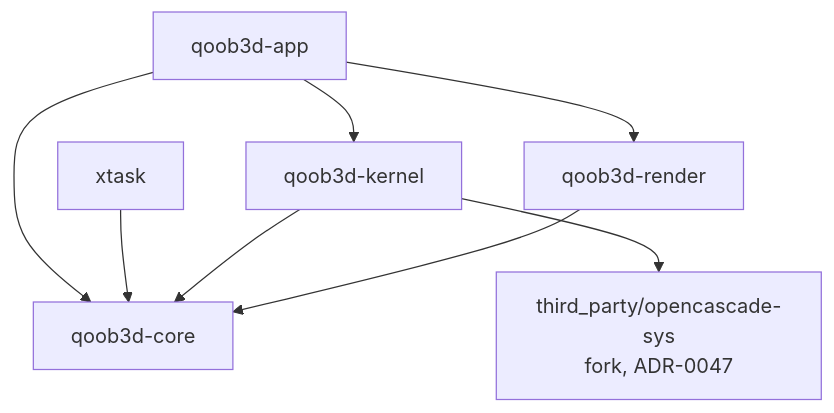
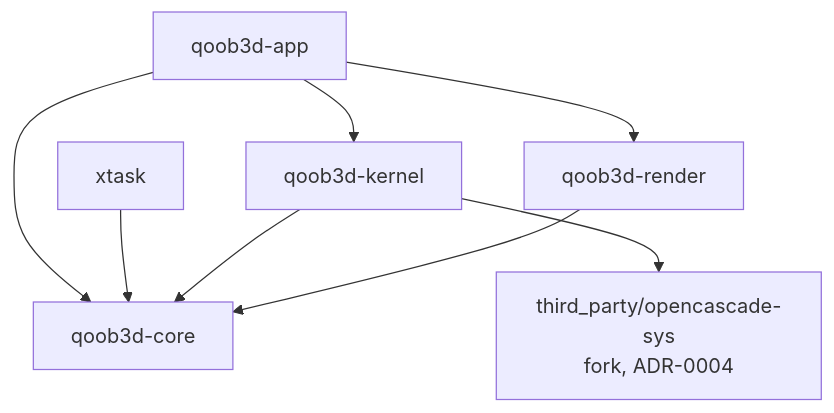
Before and after one commit to COQOON-labs/qoob3d: the second of 2 diagrams in docs/architecture.md, drawn with Mermaid. The commit also changed other lines of this file and 185 other files, not shown here.

````diff
--- a/docs/architecture.md
+++ b/docs/architecture.md
@@ -100,10 +100,10 @@
 ```mermaid
 flowchart TD
     app[qoob3d-app] --> core[qoob3d-core]
     xtask[xtask] --> core
     app --> kernel[qoob3d-kernel]
     app --> render[qoob3d-render]
     kernel --> core
     render --> core
-    kernel --> occsys[third_party/opencascade-sys<br/>fork, ADR-0047]
+    kernel --> occsys[third_party/opencascade-sys<br/>fork, ADR-0004]
 ```
````
